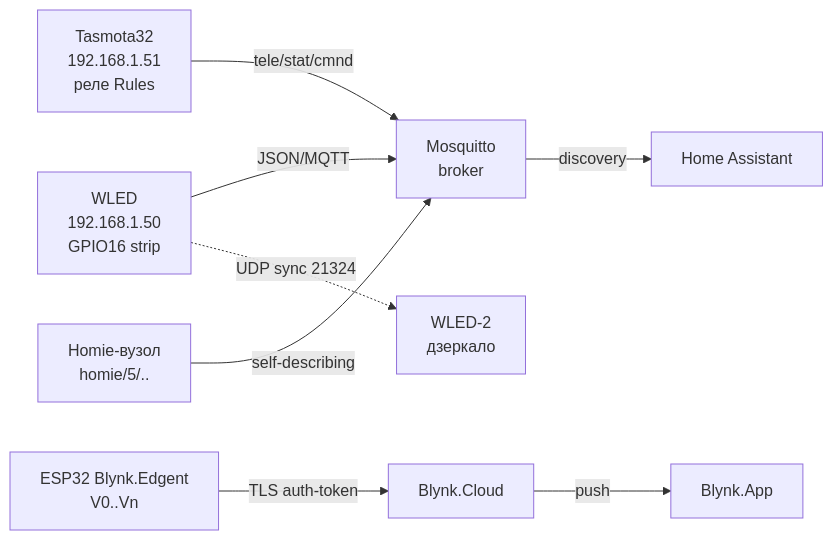
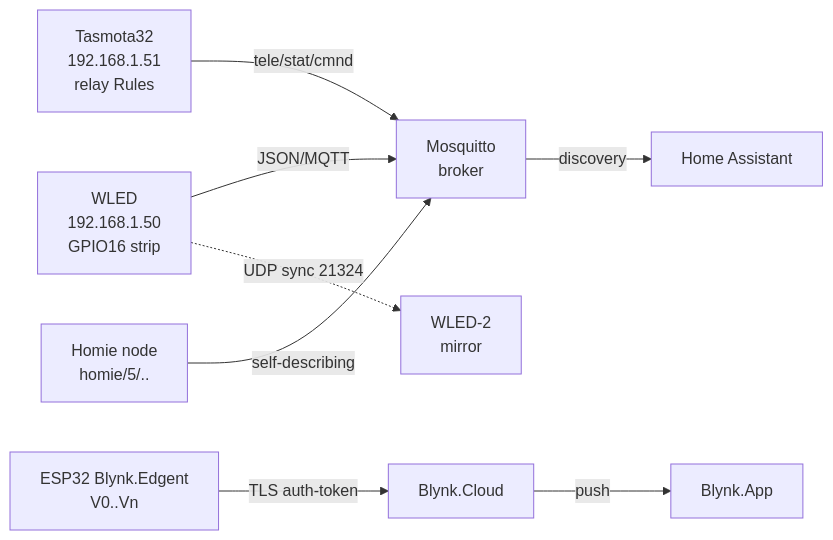
The diagram in obsidian_vault/ESP32-Reference/EN/15-Protocols/06-Firmwares.en.md (ksalab/embedded-reference), drawn with Mermaid before and after one commit. The commit also changed other lines of this file and 76 other files, not shown here.

````diff
--- a/obsidian_vault/ESP32-Reference/EN/15-Protocols/06-Firmwares.en.md
+++ b/obsidian_vault/ESP32-Reference/EN/15-Protocols/06-Firmwares.en.md
@@ -81,10 +80,10 @@
 ```mermaid
 graph LR
     W[WLED<br/>192.168.1.50<br/>GPIO16 strip] -->|JSON/MQTT| B[Mosquitto<br/>broker]
-    T[Tasmota32<br/>192.168.1.51<br/>реле Rules] -->|tele/stat/cmnd| B
-    H[Homie-вузол<br/>homie/5/..] -->|self-describing| B
+    T[Tasmota32<br/>192.168.1.51<br/>relay Rules] -->|tele/stat/cmnd| B
+    H[Homie node<br/>homie/5/..] -->|self-describing| B
     B -->|discovery| HA[Home Assistant]
     BL[ESP32 Blynk.Edgent<br/>V0..Vn] -->|TLS auth-token| BC[Blynk.Cloud]
     BC -->|push| APP[Blynk.App]
-    W -.->|UDP sync 21324| W2[WLED-2<br/>дзеркало]
+    W -.->|UDP sync 21324| W2[WLED-2<br/>mirror]
 ```
````
